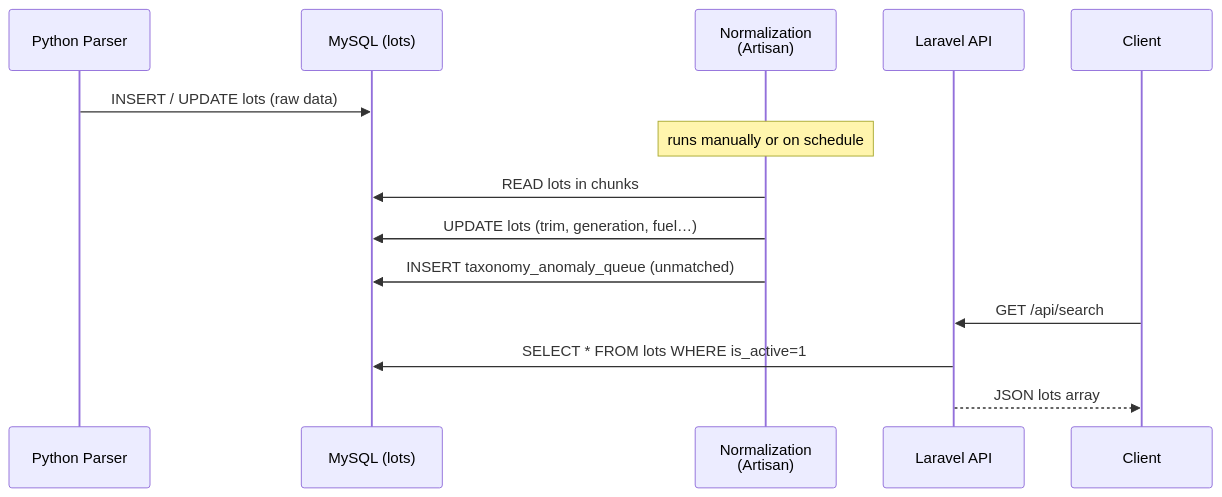
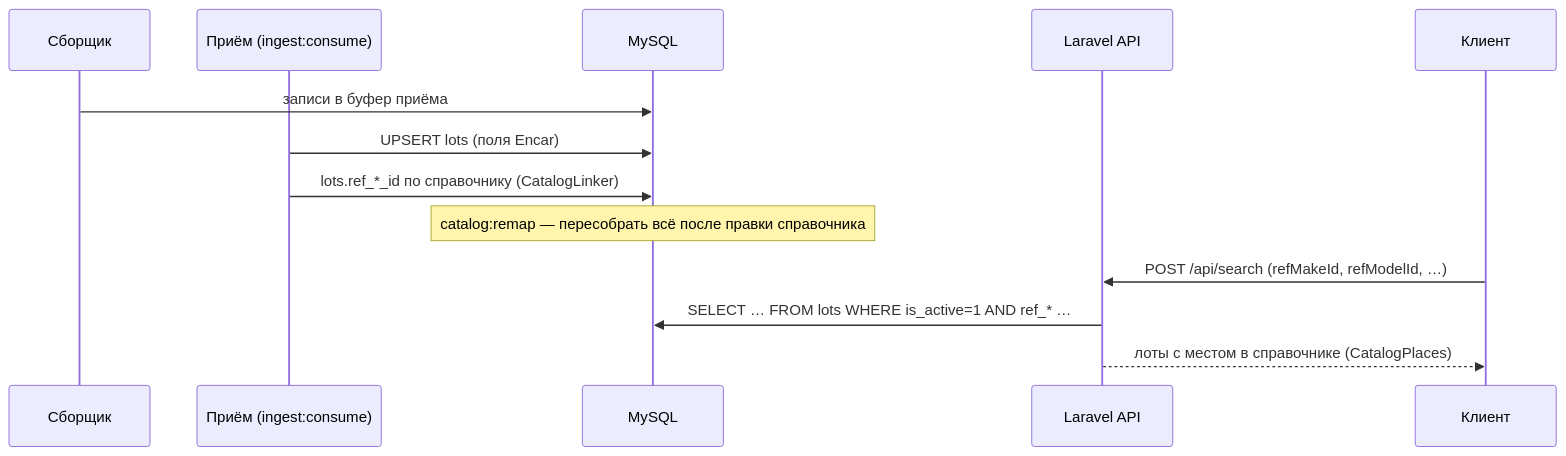
One commit to ArtyomKoshel/carbotacrchi changed the second of 2 diagrams in docs/01-overview.md. Above: the diagram before and after it, drawn with Mermaid. The commit also changed other lines of this file and 63 other files, not shown here.

````diff
--- a/docs/01-overview.md
+++ b/docs/01-overview.md
@@ -77,17 +76,16 @@
 ```mermaid
 sequenceDiagram
-    participant P as Python Parser
-    participant DB as MySQL (lots)
-    participant N as Normalization<br/>(Artisan)
+    participant S as Сборщик
+    participant I as Приём (ingest:consume)
+    participant DB as MySQL
     participant A as Laravel API
-    participant C as Client
+    participant C as Клиент
 
-    P->>DB: INSERT / UPDATE lots (raw data)
-    Note over N: runs manually or on schedule
-    N->>DB: READ lots in chunks
-    N->>DB: UPDATE lots (trim, generation, fuel…)
-    N->>DB: INSERT taxonomy_anomaly_queue (unmatched)
-    C->>A: GET /api/search
-    A->>DB: SELECT * FROM lots WHERE is_active=1
-    A-->>C: JSON lots array
+    S->>DB: записи в буфер приёма
+    I->>DB: UPSERT lots (поля Encar)
+    I->>DB: lots.ref_*_id по справочнику (CatalogLinker)
+    Note over DB: catalog:remap — пересобрать всё после правки справочника
+    C->>A: POST /api/search (refMakeId, refModelId, …)
+    A->>DB: SELECT … FROM lots WHERE is_active=1 AND ref_* …
+    A-->>C: лоты с местом в справочнике (CatalogPlaces)
 ```
````
